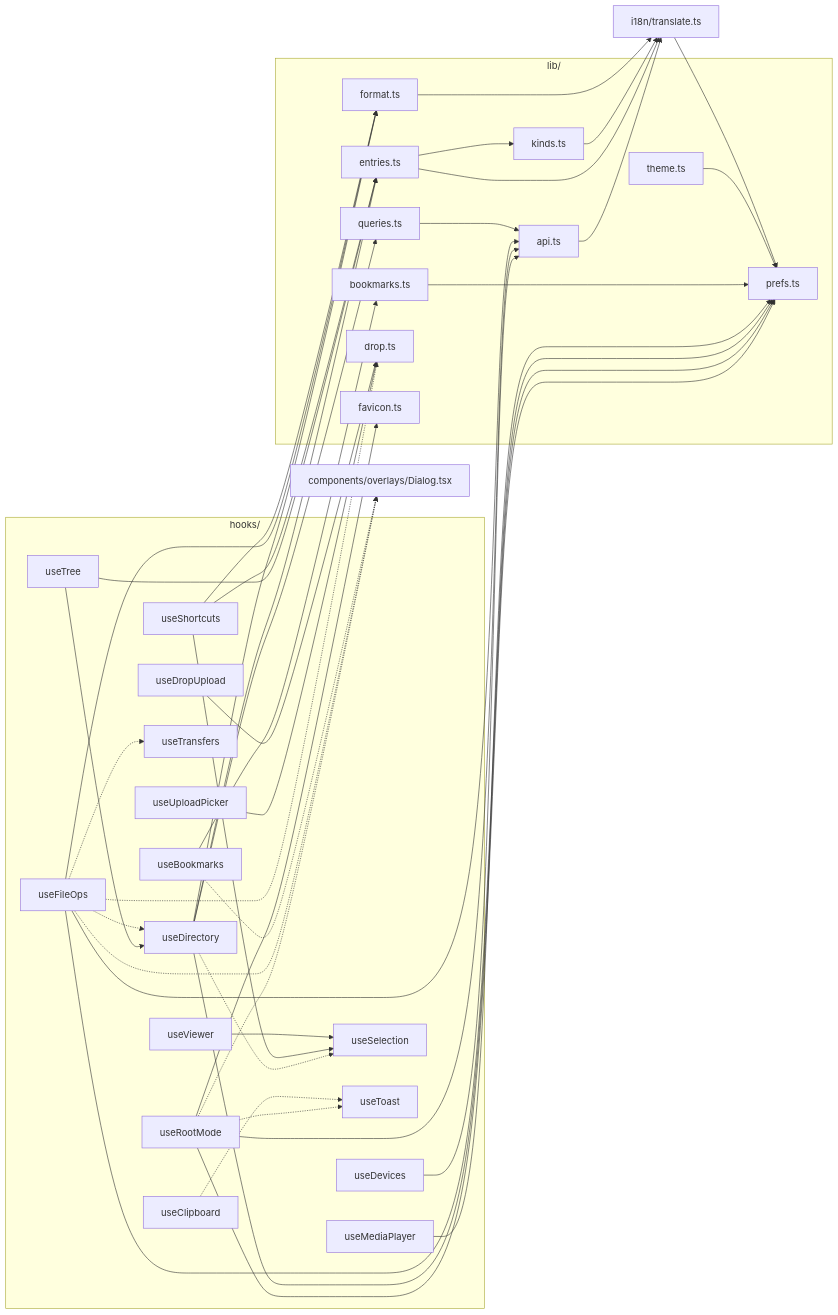
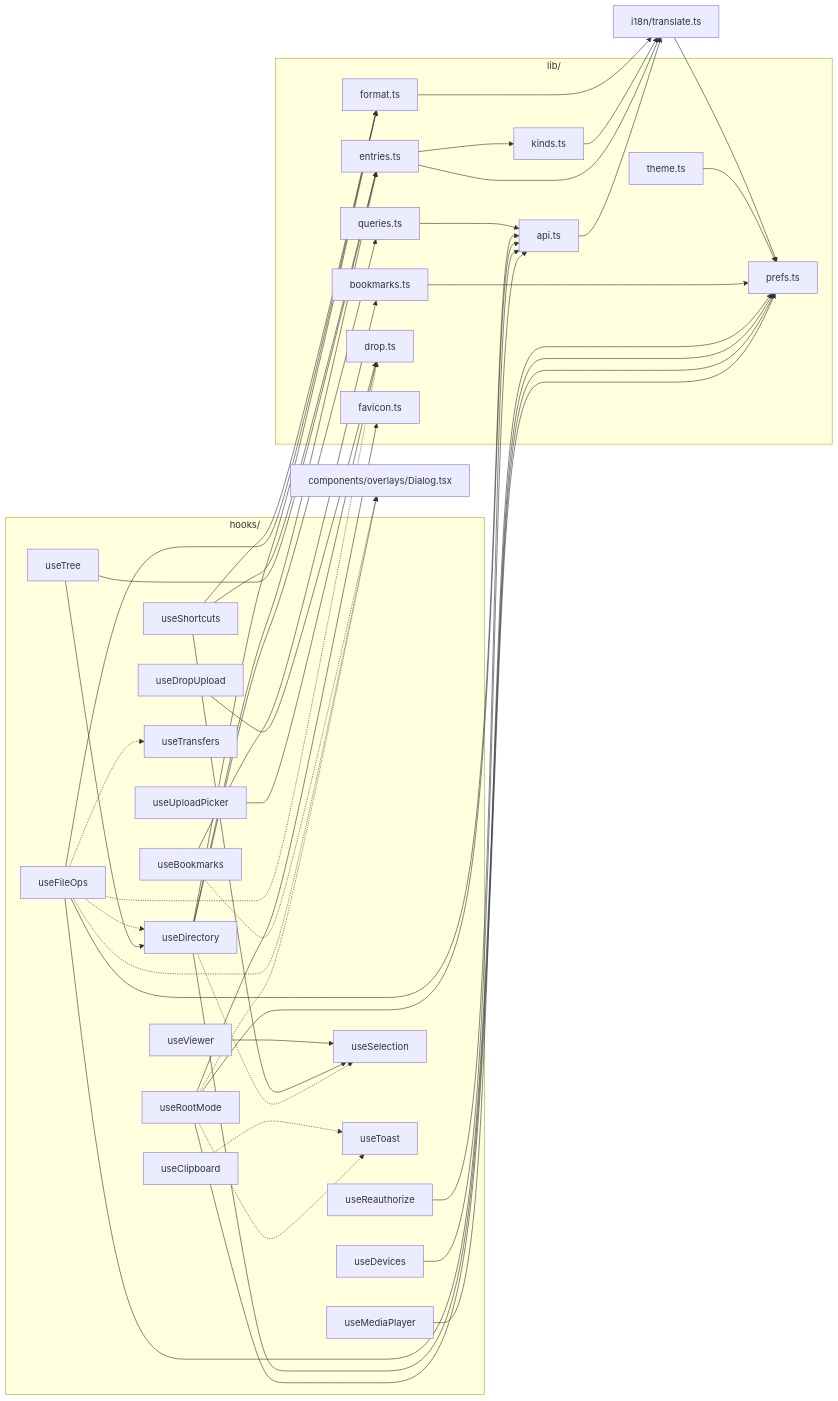
Before and after one commit to wynnyu/adb-file-manager: the sixth of 10 diagrams in docs/architecture.md, drawn with Mermaid. The commit also changed other lines of this file and 11 other files, not shown here.

````diff
--- a/docs/architecture.md
+++ b/docs/architecture.md
@@ -178,77 +179,79 @@
 ```mermaid
 flowchart LR
   subgraph hooks["hooks/"]
     useDevices
+    useReauthorize
     useRootMode
     useSelection
     useDirectory
     useTree
     useFileOps
     useClipboard
     useBookmarks
     useTransfers
     useToast
     useShortcuts
     useViewer
     useMediaPlayer
     useUploadPicker
     useDropUpload
   end
 
   subgraph lib["lib/"]
     api["api.ts"]
     queries["queries.ts"]
     entries["entries.ts"]
     kinds["kinds.ts"]
     format["format.ts"]
     prefs["prefs.ts"]
     bookmarks["bookmarks.ts"]
     drop["drop.ts"]
     theme["theme.ts"]
     favicon["favicon.ts"]
   end
 
   translate["i18n/translate.ts"]
   Dialog["components/overlays/Dialog.tsx"]
 
   useDevices --> api
+  useReauthorize --> api
   useRootMode --> api
   useRootMode --> prefs
   useRootMode --> favicon
   useRootMode -.-> useToast
   useRootMode -.-> Dialog
   useDirectory --> queries
   useDirectory --> entries
   useDirectory --> format
   useDirectory --> prefs
   useDirectory -.-> useSelection
   useTree --> useDirectory
   useTree --> entries
   useFileOps --> api
   useFileOps --> format
   useFileOps --> prefs
   useFileOps -.-> useDirectory
   useFileOps -.-> useTransfers
   useFileOps -.-> drop
   useFileOps -.-> Dialog
   useClipboard -.-> useToast
   useBookmarks --> bookmarks
   useBookmarks -.-> Dialog
   useShortcuts --> useSelection
   useShortcuts --> entries
   useShortcuts --> format
   useViewer --> useSelection
   useMediaPlayer --> prefs
   useUploadPicker --> drop
   useDropUpload --> drop
 
   queries --> api
   api --> translate
   entries --> kinds
   entries --> translate
   kinds --> translate
   format --> translate
   bookmarks --> prefs
   theme --> prefs
   translate --> prefs
 ```
````
